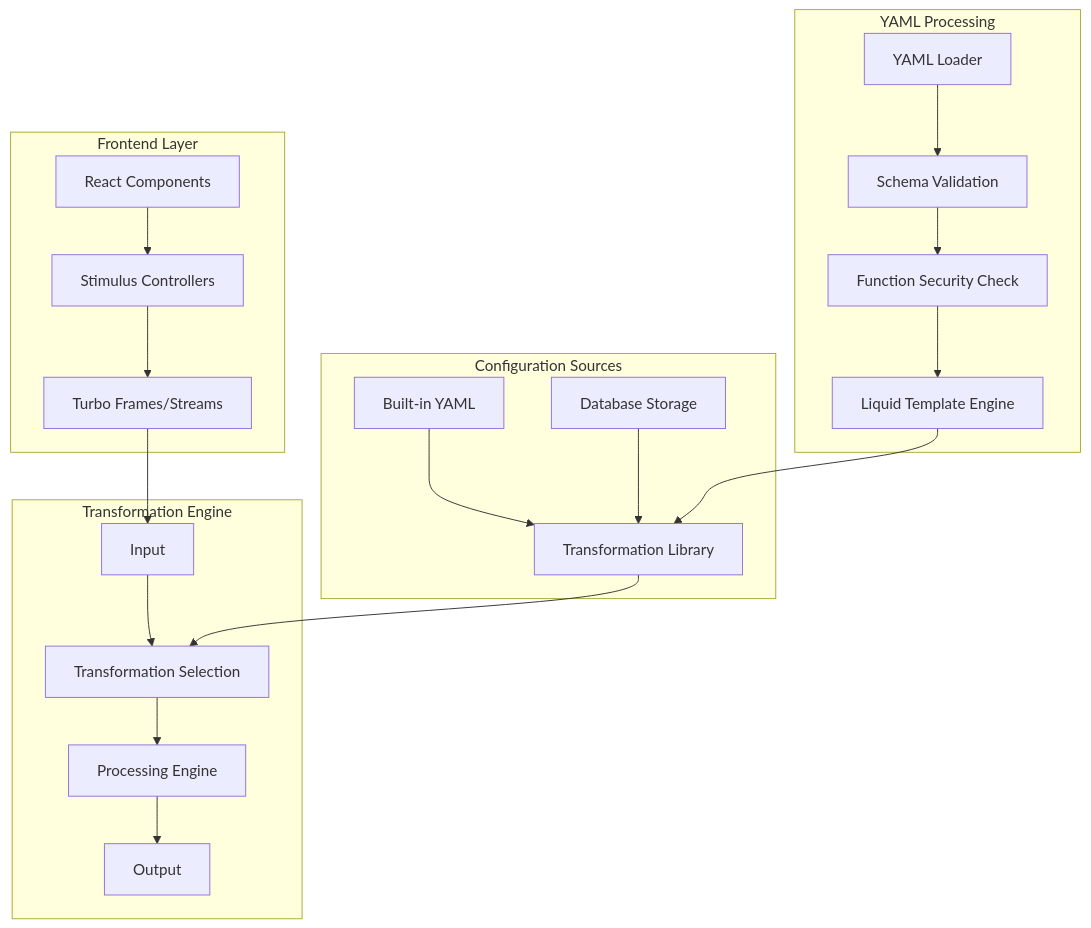
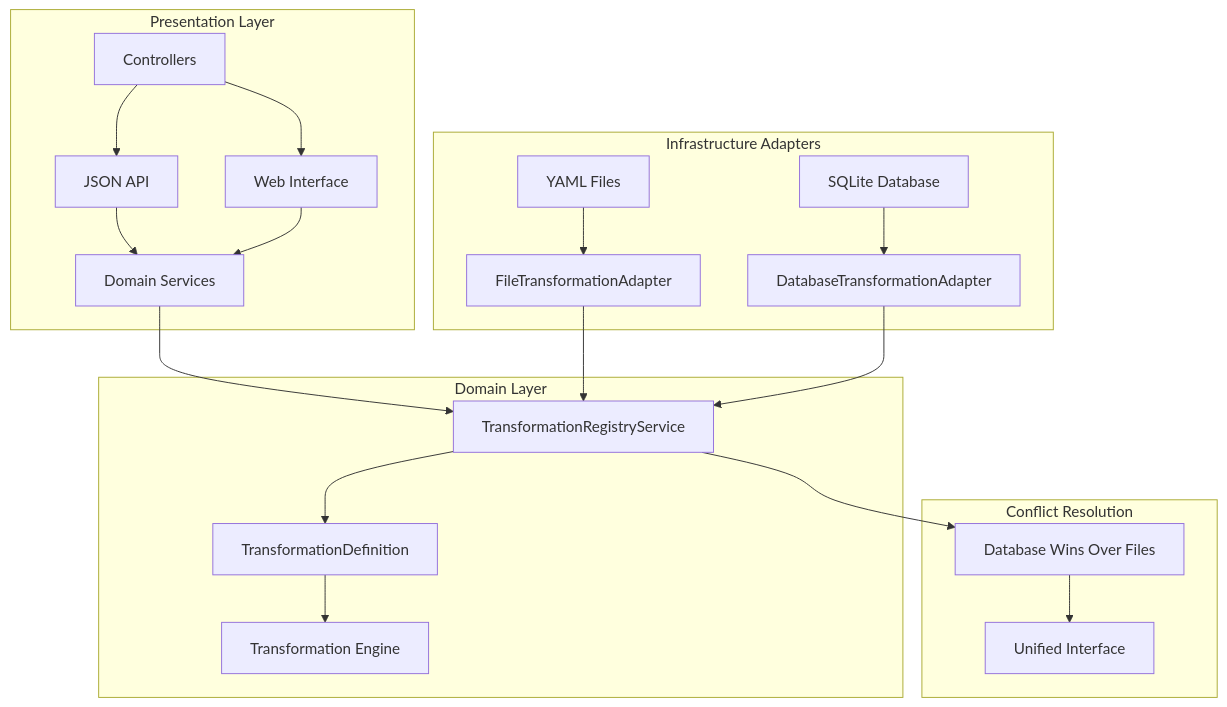
The first of 2 diagrams in README.md (abradner/transformer), drawn with Mermaid before and after one commit. The commit also changed other lines of this file and 21 other files, not shown here.

````diff
--- a/README.md
+++ b/README.md
@@ -34,28 +36,27 @@
 ```mermaid
 graph TB
-    subgraph "Frontend Layer"
-        A[React Components] --> B[Stimulus Controllers]
-        B --> C[Turbo Frames/Streams]
+    subgraph "Presentation Layer"
+        A[Controllers] --> B[JSON API]
+        A --> C[Web Interface]
+        B --> D[Domain Services]
+        C --> D
     end
     
-    subgraph "Transformation Engine"
-        D[Input] --> E[Transformation Selection]
-        E --> F[Processing Engine]
-        F --> G[Output]
+    subgraph "Domain Layer"
+        D --> E[TransformationRegistryService]
+        E --> F[TransformationDefinition]
+        F --> G[Transformation Engine]
     end
     
-    subgraph "Configuration Sources"
-        H[Built-in YAML] --> I[Transformation Library]
-        J[Database Storage] --> I
-        I --> E
+    subgraph "Infrastructure Adapters"
+        H[FileTransformationAdapter] --> E
+        I[DatabaseTransformationAdapter] --> E
+        J[YAML Files] --> H
+        K[SQLite Database] --> I
     end
     
-    subgraph "YAML Processing"
-        K[YAML Loader] --> L[Schema Validation]
-        L --> M[Function Security Check]
-        M --> N[Liquid Template Engine]
-        N --> I
+    subgraph "Conflict Resolution"
+        E --> L[Database Wins Over Files]
+        L --> M[Unified Interface]
     end
-    
-    C --> D
 ```
````
